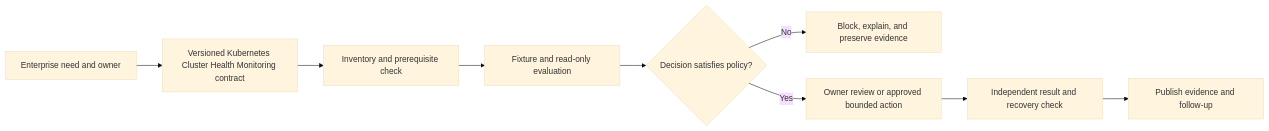
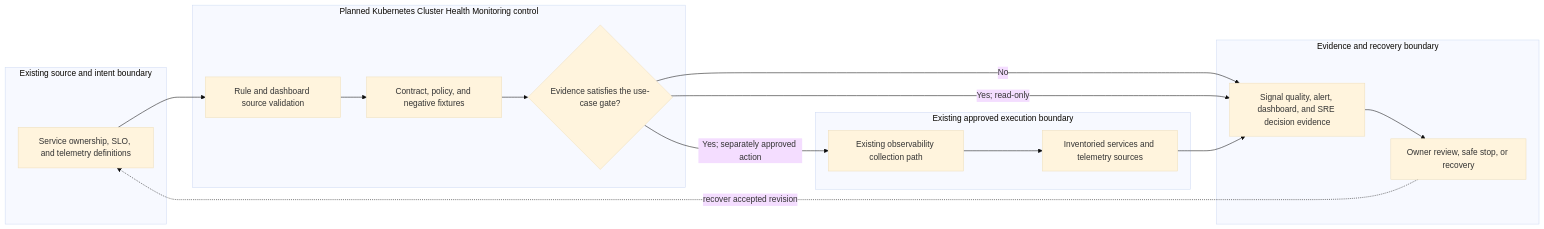
One commit to MIDHTECH/enterprise-architecture-docs changed the diagram in docs/use-cases/observability/UC-OBS-002-kubernetes-cluster-health-monitoring.md. Above: the diagram before and after it, drawn with Mermaid (base theme). The commit also changed other lines of this file and 227 other files, not shown here.

Commit message:
Deepen architecture for all use case designs

````diff
--- a/docs/use-cases/observability/UC-OBS-002-kubernetes-cluster-health-monitoring.md
+++ b/docs/use-cases/observability/UC-OBS-002-kubernetes-cluster-health-monitoring.md
@@ -136,11 +129,25 @@
 ```mermaid
 flowchart LR
-    Need["Enterprise need and owner"] --> Contract["Versioned Kubernetes Cluster Health Monitoring contract"]
-    Contract --> Preflight["Inventory and prerequisite check"]
-    Preflight --> Evaluate["Fixture and read-only evaluation"]
-    Evaluate --> Decision{"Decision satisfies policy?"}
-    Decision -->|No| Stop["Block, explain, and preserve evidence"]
-    Decision -->|Yes| Review["Owner review or approved bounded action"]
-    Review --> Verify["Independent result and recovery check"]
-    Verify --> Publish["Publish evidence and follow-up"]
+    subgraph Source["Existing source and intent boundary"]
+        A["Service ownership, SLO, and telemetry definitions"]
+    end
+    subgraph Planned["Planned Kubernetes Cluster Health Monitoring control"]
+        B["Rule and dashboard source validation"]
+        C["Contract, policy, and negative fixtures"]
+        D{"Evidence satisfies the use-case gate?"}
+    end
+    subgraph Runtime["Existing approved execution boundary"]
+        E["Existing observability collection path"]
+        F["Inventoried services and telemetry sources"]
+    end
+    subgraph Assurance["Evidence and recovery boundary"]
+        G["Signal quality, alert, dashboard, and SRE decision evidence"]
+        H["Owner review, safe stop, or recovery"]
+    end
+
+    A --> B --> C --> D
+    D -->|No| G --> H
+    D -->|Yes; read-only| G
+    D -->|Yes; separately approved action| E --> F --> G
+    H -. recover accepted revision .-> A
 ```
````
